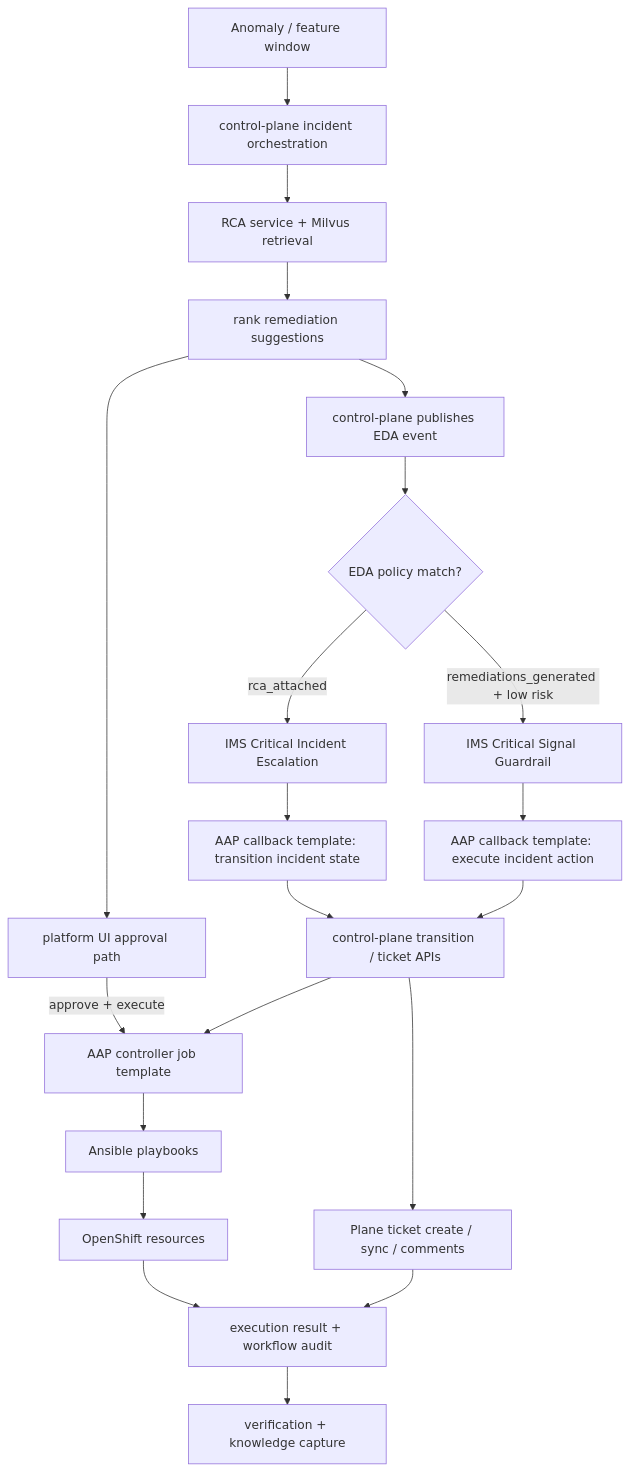
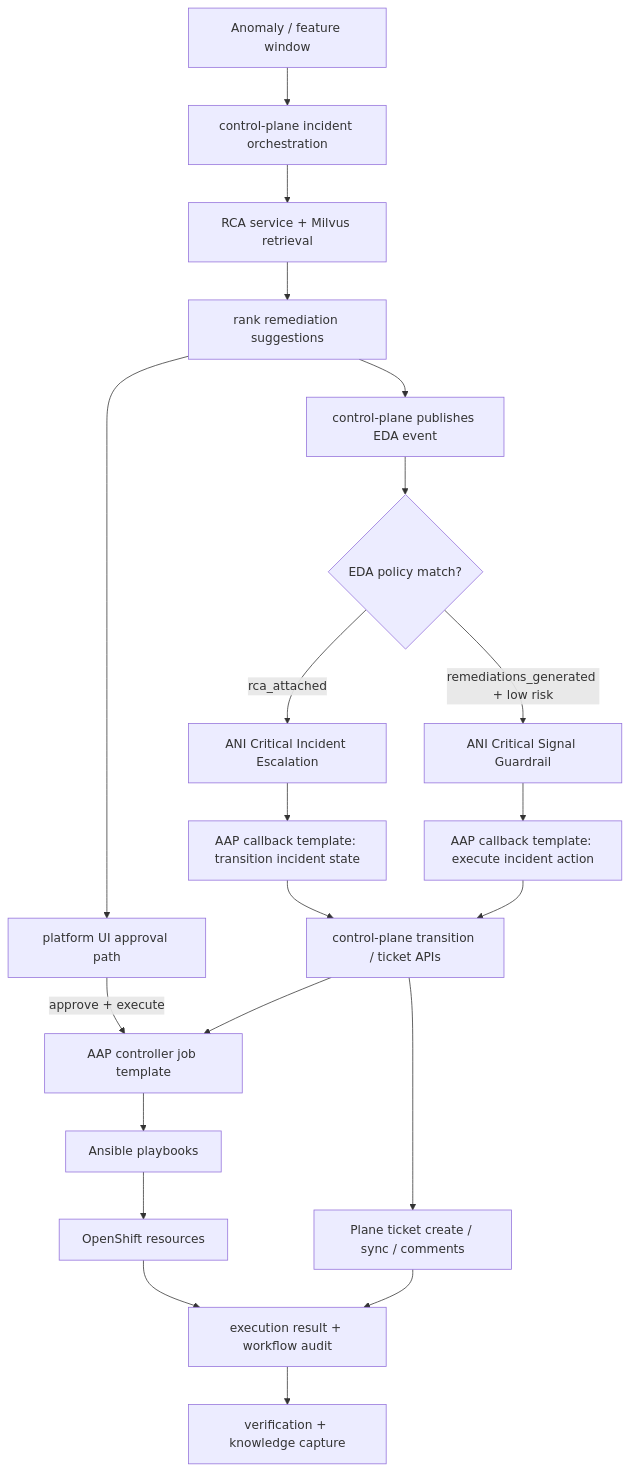
Before and after one commit to rh-telco-tigers/Autonomous-Network-Intelligence-Anomaly-Detection-with-Red-Hat-OpenShift-AI: the diagram in docs/architecture/rca-remediation.md, drawn with Mermaid. The commit also changed other lines of this file and 211 other files, not shown here.

First line of the commit message:
Rename platform prefixes from IMS to ANI.

````diff
--- a/docs/architecture/rca-remediation.md
+++ b/docs/architecture/rca-remediation.md
@@ -178,23 +178,23 @@
 ```mermaid
 flowchart TD
   Detect["Anomaly / feature window"] --> CP["control-plane incident orchestration"]
   CP --> RCA["RCA service + Milvus retrieval"]
   RCA --> Rank["rank remediation suggestions"]
   Rank --> UI["platform UI approval path"]
   Rank --> Event["control-plane publishes EDA event"]
   UI -->|approve + execute| JT["AAP controller job template"]
   Event --> Policy{"EDA policy match?"}
-  Policy -->|rca_attached| Escalate["IMS Critical Incident Escalation"]
-  Policy -->|remediations_generated + low risk| Guardrail["IMS Critical Signal Guardrail"]
+  Policy -->|rca_attached| Escalate["ANI Critical Incident Escalation"]
+  Policy -->|remediations_generated + low risk| Guardrail["ANI Critical Signal Guardrail"]
   Escalate --> CallbackState["AAP callback template: transition incident state"]
   Guardrail --> CallbackAction["AAP callback template: execute incident action"]
   CallbackState --> CPAPI["control-plane transition / ticket APIs"]
   CallbackAction --> CPAPI
   CPAPI --> JT
   JT --> Playbook["Ansible playbooks"]
   Playbook --> OCP["OpenShift resources"]
   CPAPI --> Plane["Plane ticket create / sync / comments"]
   OCP --> Result["execution result + workflow audit"]
   Plane --> Result
   Result --> Verify["verification + knowledge capture"]
 ```
````
